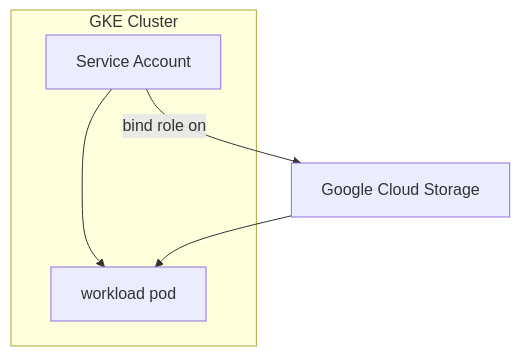
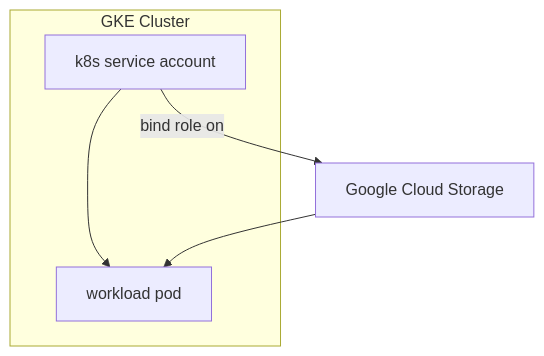
One commit to humanitec-architecture/resource-packs-gcp changed the first of 2 diagrams in examples/gcs/README.md. Above: the diagram before and after it, drawn with Mermaid. The commit also changed other lines of this file and 26 other files, not shown here.

````diff
--- a/examples/gcs/README.md
+++ b/examples/gcs/README.md
@@ -35,11 +35,11 @@
 ```mermaid
 graph TD;
   gcs["Google Cloud Storage"]
   subgraph GKE Cluster
     pod[workload pod]
-    service[Service Account]
+    service[k8s service account]
   end
   service -- bind role on --> gcs
   service --> pod
   gcs --> pod
 ```
````
